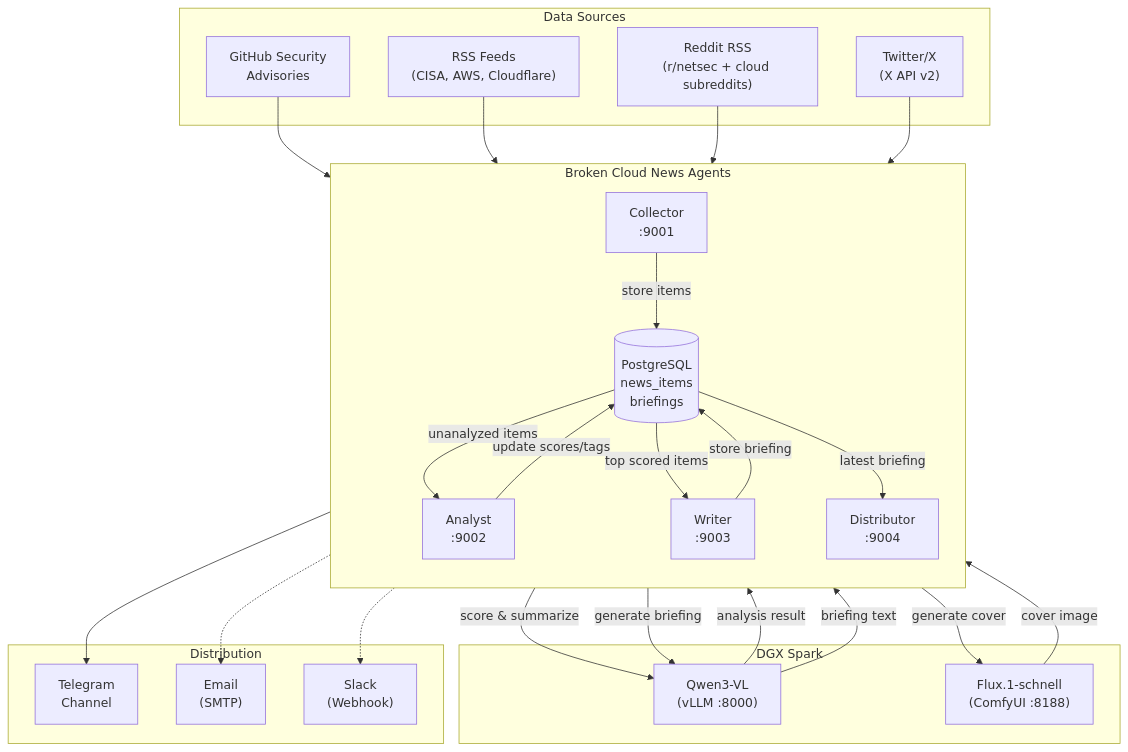
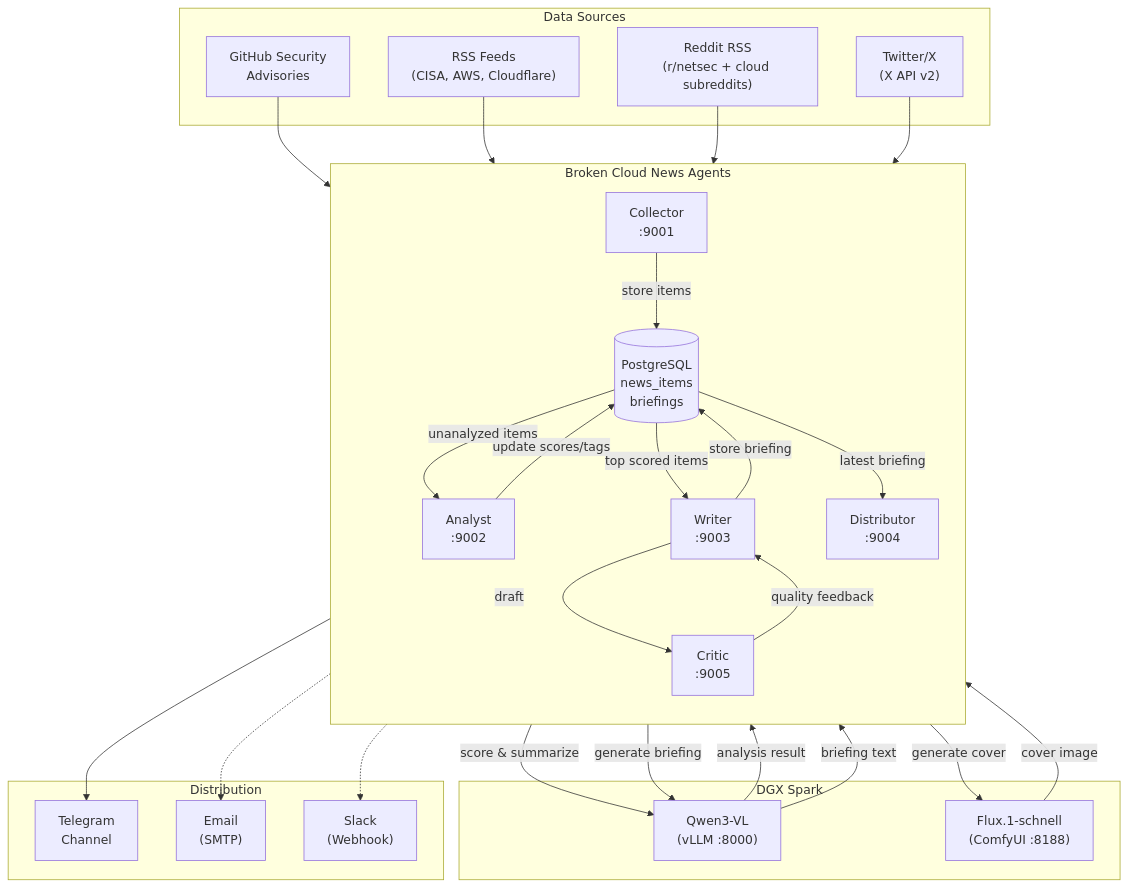
One commit to andreyka/broken-cloud-news changed the diagram in README.md. Above: the diagram before and after it, drawn with Mermaid. The commit also changed other lines of this file and 14 other files, not shown here.

Commit message:
Split writer and critic agents

````diff
--- a/README.md
+++ b/README.md
@@ -11,49 +11,52 @@
 ```mermaid
 flowchart TB
     subgraph Sources["Data Sources"]
         GHSA["GitHub Security\nAdvisories"]
         RSS["RSS Feeds\n(CISA, AWS, Cloudflare)"]
         Reddit["Reddit RSS\n(r/netsec + cloud subreddits)"]
         Twitter["Twitter/X\n(X API v2)"]
     end
 
     subgraph BCN["Broken Cloud News Agents"]
         direction TB
         Collector["Collector\n:9001"]
         DB[("PostgreSQL\nnews_items\nbriefings")]
         Analyst["Analyst\n:9002"]
         Writer["Writer\n:9003"]
+        Critic["Critic\n:9005"]
         Distributor["Distributor\n:9004"]
     end
 
     subgraph AI["DGX Spark"]
         Qwen["Qwen3-VL\n(vLLM :8000)"]
         Flux["Flux.1-schnell\n(ComfyUI :8188)"]
     end
 
     subgraph Channels["Distribution"]
         TG["Telegram\nChannel"]
         Email["Email\n(SMTP)"]
         Slack["Slack\n(Webhook)"]
     end
 
     GHSA --> Collector
     RSS --> Collector
     Reddit --> Collector
     Twitter --> Collector
     Collector -- "store items" --> DB
     DB -- "unanalyzed items" --> Analyst
     Analyst -- "score & summarize" --> Qwen
     Qwen -- "analysis result" --> Analyst
     Analyst -- "update scores/tags" --> DB
     DB -- "top scored items" --> Writer
     Writer -- "generate briefing" --> Qwen
+    Writer -- "draft" --> Critic
+    Critic -- "quality feedback" --> Writer
     Writer -- "generate cover" --> Flux
     Qwen -- "briefing text" --> Writer
     Flux -- "cover image" --> Writer
     Writer -- "store briefing" --> DB
     DB -- "latest briefing" --> Distributor
     Distributor --> TG
     Distributor -.-> Email
     Distributor -.-> Slack
 ```
````
